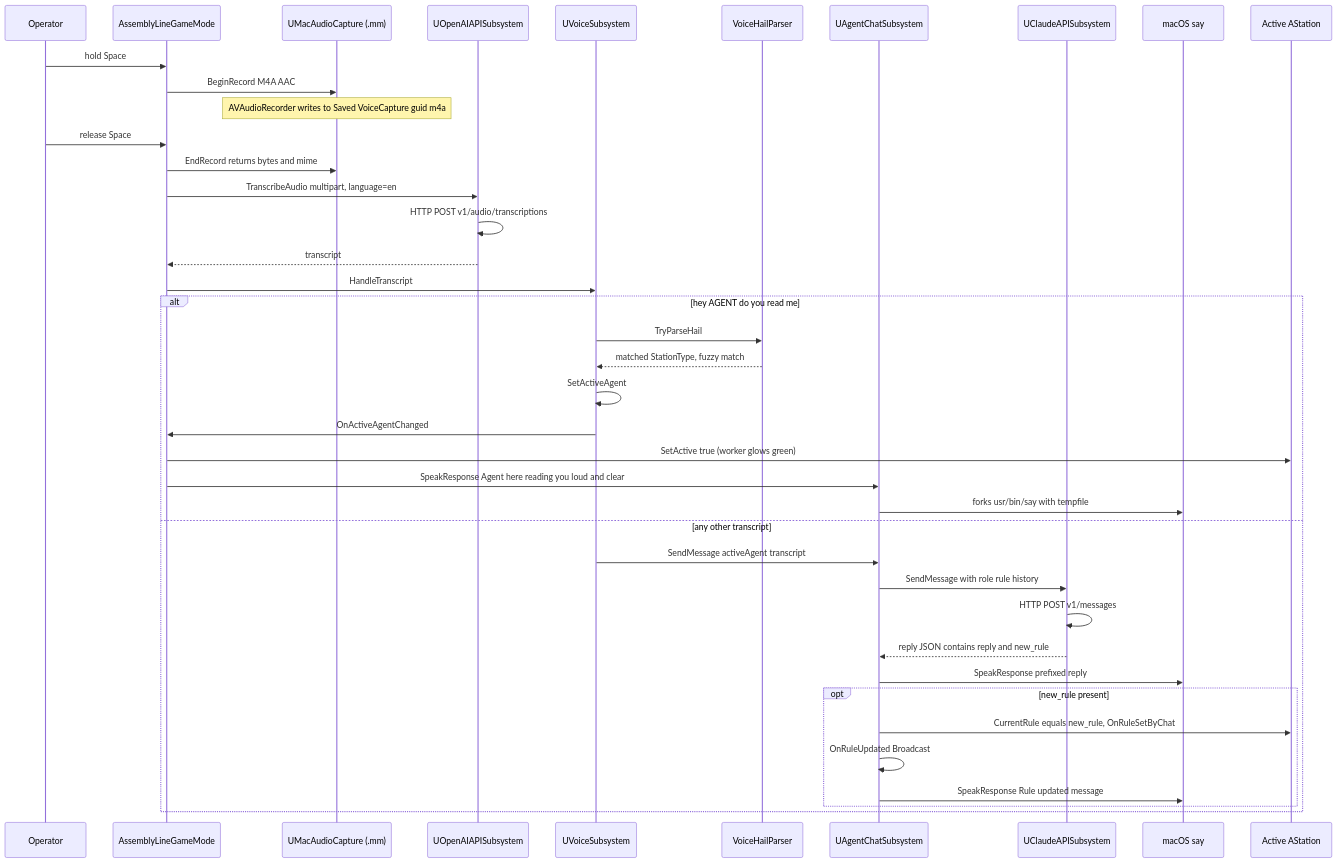
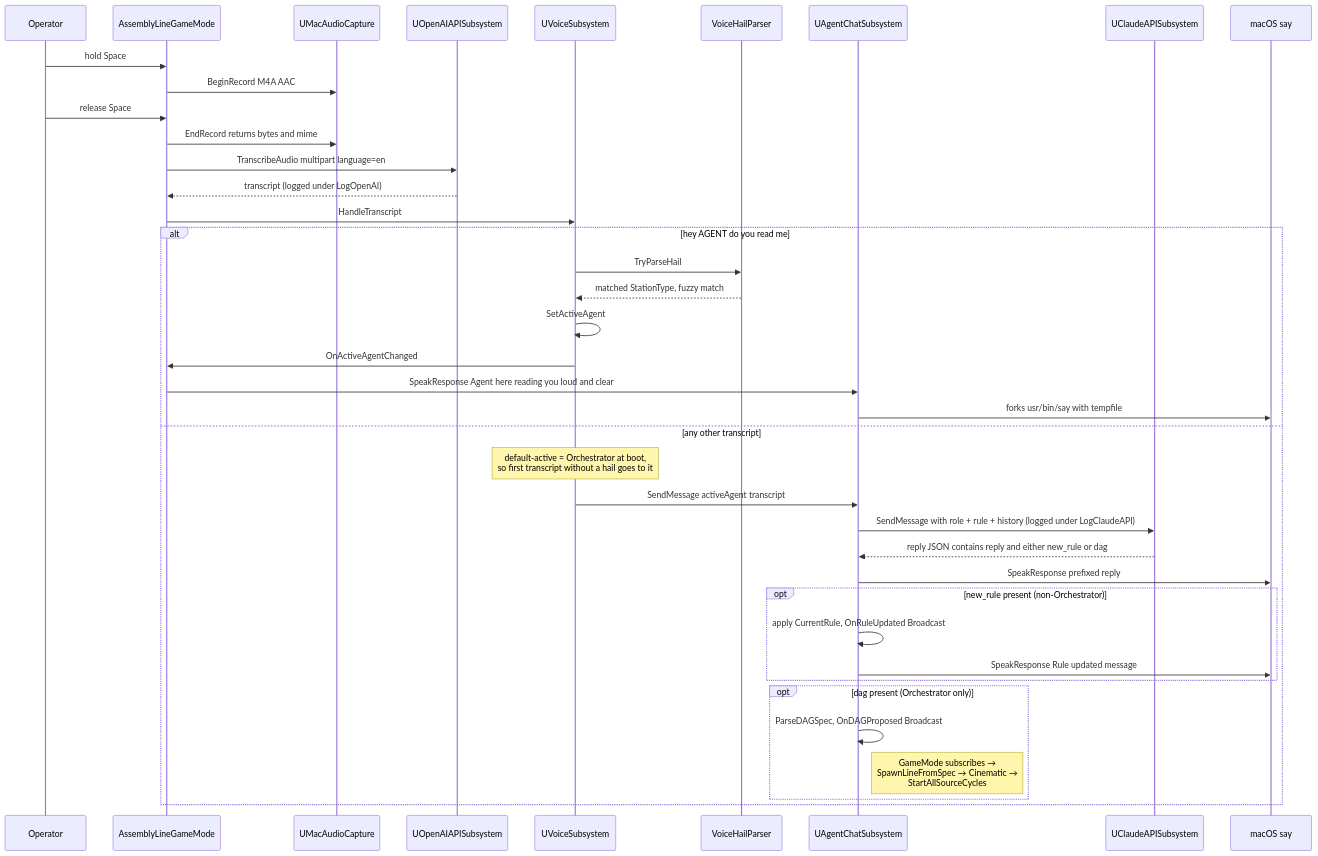
The fifth of 7 diagrams in README.md (eyupgurel/AssemblyLineSimul), drawn with Mermaid before and after one commit. The commit also changed other lines of this file, not shown here.

First line of the commit message:
README: catch up to stories 26-32b (orchestrator + DAG executor)

````diff
--- a/README.md
+++ b/README.md
@@ -220,44 +345,43 @@
 ```mermaid
 sequenceDiagram
   participant U as Operator
   participant GM as AssemblyLineGameMode
-  participant Cap as UMacAudioCapture (.mm)
+  participant Cap as UMacAudioCapture
   participant AI as UOpenAIAPISubsystem
   participant V as UVoiceSubsystem
   participant Hail as VoiceHailParser
   participant Chat as UAgentChatSubsystem
   participant CA as UClaudeAPISubsystem
   participant Say as macOS say
-  participant St as Active AStation
 
   U->>GM: hold Space
   GM->>Cap: BeginRecord M4A AAC
-  Note over Cap: AVAudioRecorder writes to Saved VoiceCapture guid m4a
   U->>GM: release Space
   GM->>Cap: EndRecord returns bytes and mime
-  GM->>AI: TranscribeAudio multipart, language=en
-  AI->>AI: HTTP POST v1/audio/transcriptions
-  AI-->>GM: transcript
+  GM->>AI: TranscribeAudio multipart language=en
+  AI-->>GM: transcript (logged under LogOpenAI)
   GM->>V: HandleTranscript
 
   alt hey AGENT do you read me
     V->>Hail: TryParseHail
     Hail-->>V: matched StationType, fuzzy match
     V->>V: SetActiveAgent
     V->>GM: OnActiveAgentChanged
-    GM->>St: SetActive true (worker glows green)
     GM->>Chat: SpeakResponse Agent here reading you loud and clear
     Chat->>Say: forks usr/bin/say with tempfile
   else any other transcript
+    Note over V: default-active = Orchestrator at boot,<br/>so first transcript without a hail goes to it
     V->>Chat: SendMessage activeAgent transcript
-    Chat->>CA: SendMessage with role rule history
-    CA->>CA: HTTP POST v1/messages
-    CA-->>Chat: reply JSON contains reply and new_rule
+    Chat->>CA: SendMessage with role + rule + history (logged under LogClaudeAPI)
+    CA-->>Chat: reply JSON contains reply and either new_rule or dag
     Chat->>Say: SpeakResponse prefixed reply
-    opt new_rule present
-      Chat->>St: CurrentRule equals new_rule, OnRuleSetByChat
-      Chat->>Chat: OnRuleUpdated Broadcast
+    opt new_rule present (non-Orchestrator)
+      Chat->>Chat: apply CurrentRule, OnRuleUpdated Broadcast
       Chat->>Say: SpeakResponse Rule updated message
+    end
+    opt dag present (Orchestrator only)
+      Chat->>Chat: ParseDAGSpec, OnDAGProposed Broadcast
+      Note right of Chat: GameMode subscribes →<br/>SpawnLineFromSpec → Cinematic →<br/>StartAllSourceCycles
     end
   end
 ```
````
